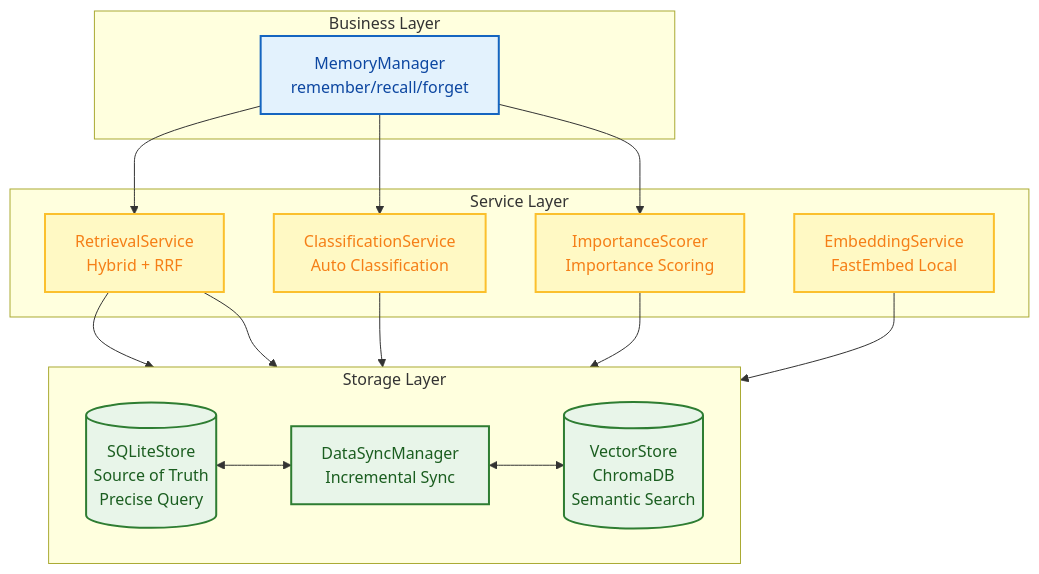
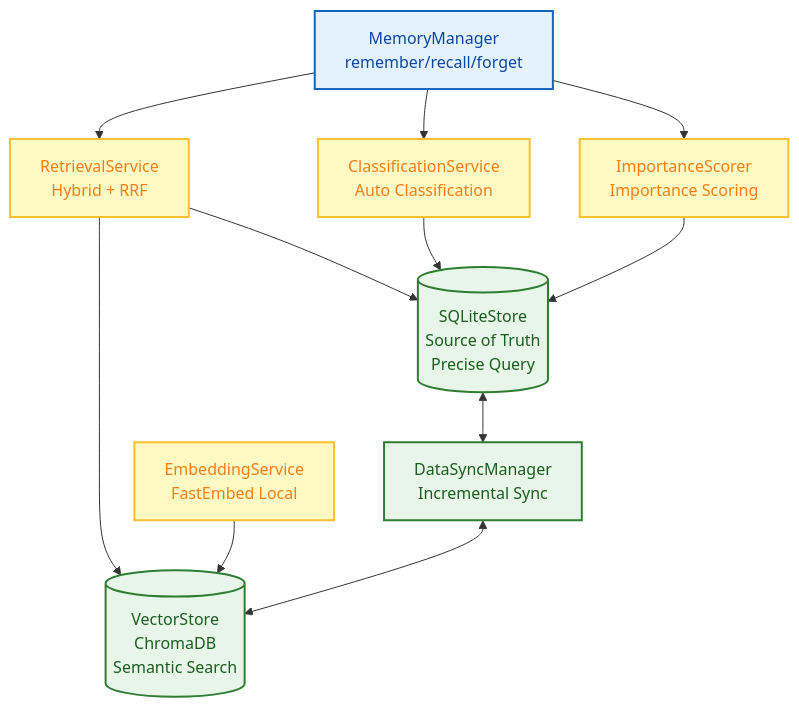
Before and after one commit to xt765/FinchBot: the fourth of 8 diagrams in docs/en-US/blog/finchbot-flexible-ai-agent-framework.md, drawn with Mermaid. The commit also changed other lines of this file, not shown here.

````diff
--- a/docs/en-US/blog/finchbot-flexible-ai-agent-framework.md
+++ b/docs/en-US/blog/finchbot-flexible-ai-agent-framework.md
@@ -305,35 +309,25 @@
 ```mermaid
 flowchart TB
     classDef businessLayer fill:#e3f2fd,stroke:#1565c0,stroke-width:2px,color:#0d47a1;
     classDef serviceLayer fill:#fff9c4,stroke:#fbc02d,stroke-width:2px,color:#f57f17;
     classDef storageLayer fill:#e8f5e9,stroke:#2e7d32,stroke-width:2px,color:#1b5e20;
 
-    subgraph Business [Business Layer]
-        MM[MemoryManager<br/>remember/recall/forget]
-    end
-    class MM businessLayer
+    MM[MemoryManager<br/>remember/recall/forget]:::businessLayer
 
-    subgraph Services [Service Layer]
-        RS[RetrievalService<br/>Hybrid + RRF]
-        CS[ClassificationService<br/>Auto Classification]
-        IS[ImportanceScorer<br/>Importance Scoring]
-        ES[EmbeddingService<br/>FastEmbed Local]
-    end
-    class RS,CS,IS,ES serviceLayer
+    RS[RetrievalService<br/>Hybrid + RRF]:::serviceLayer
+    CS[ClassificationService<br/>Auto Classification]:::serviceLayer
+    IS[ImportanceScorer<br/>Importance Scoring]:::serviceLayer
+    ES[EmbeddingService<br/>FastEmbed Local]:::serviceLayer
 
-    subgraph Storage [Storage Layer]
-        direction LR
-        SQLite[(SQLiteStore<br/>Source of Truth<br/>Precise Query)]
-        Vector[(VectorStore<br/>ChromaDB<br/>Semantic Search)]
-        DS[DataSyncManager<br/>Incremental Sync]
-    end
-    class SQLite,Vector,DS storageLayer
+    SQLite[(SQLiteStore<br/>Source of Truth<br/>Precise Query)]:::storageLayer
+    Vector[(VectorStore<br/>ChromaDB<br/>Semantic Search)]:::storageLayer
+    DS[DataSyncManager<br/>Incremental Sync]:::storageLayer
 
     MM --> RS & CS & IS
     RS --> SQLite & Vector
     CS --> SQLite
     IS --> SQLite
     ES --> Vector
 
     SQLite <--> DS <--> Vector
 ```
````
